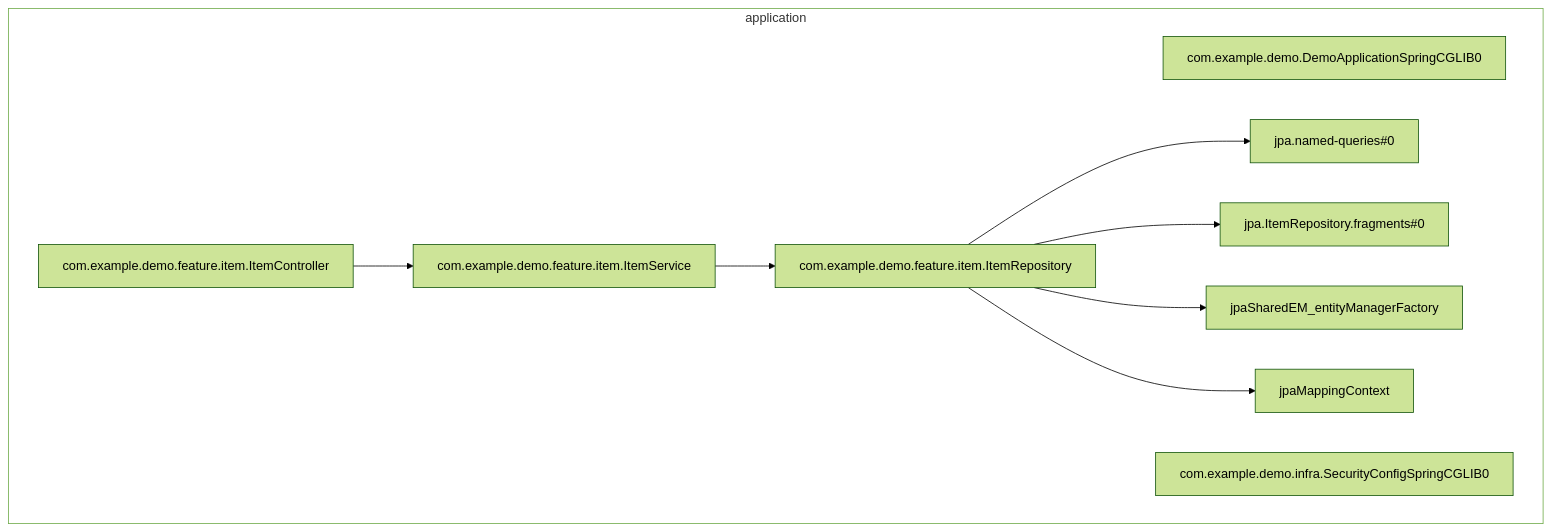
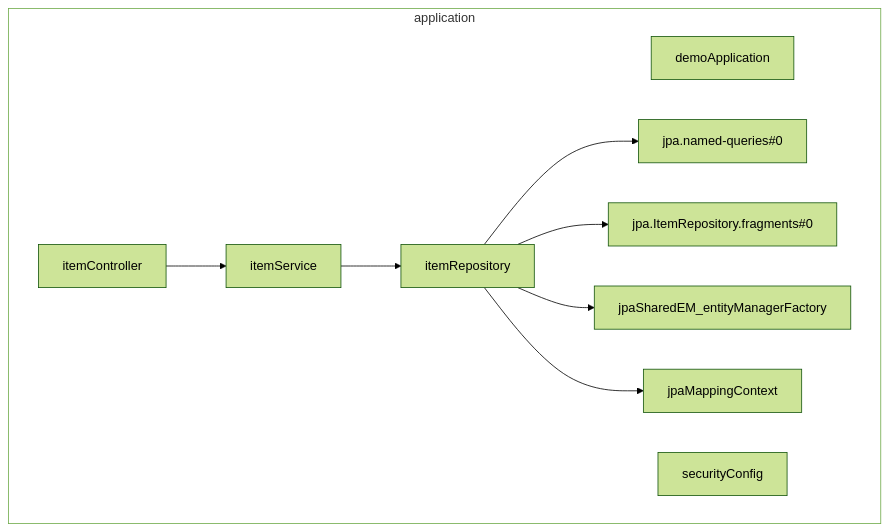
Before and after one commit to rudsvar/mermaid-beans: the diagram in README.md, drawn with Mermaid (forest theme). The commit also changed 1 other file, not shown here.

Commit message:
Use bean name instead of type

````diff
--- a/README.md
+++ b/README.md
@@ -5,18 +5,18 @@
 ```mermaid
 graph TD;
 classDef transparent fill:#0000
 subgraph application
-    demoApplication["com.example.demo.DemoApplicationSpringCGLIB0"]
-    itemController["com.example.demo.feature.item.ItemController"]
+    demoApplication["demoApplication"]
+    itemController["itemController"]
     itemController --> itemService
-    itemRepository["com.example.demo.feature.item.ItemRepository"]
+    itemRepository["itemRepository"]
     itemRepository --> jpa.named-queries#0
     itemRepository --> jpa.ItemRepository.fragments#0
     itemRepository --> jpaSharedEM_entityManagerFactory
     itemRepository --> jpaMappingContext
-    itemService["com.example.demo.feature.item.ItemService"]
+    itemService["itemService"]
     itemService --> itemRepository
-    securityConfig["com.example.demo.infra.SecurityConfigSpringCGLIB0"]
+    securityConfig["securityConfig"]
 end
 class application transparent
 ```
````
